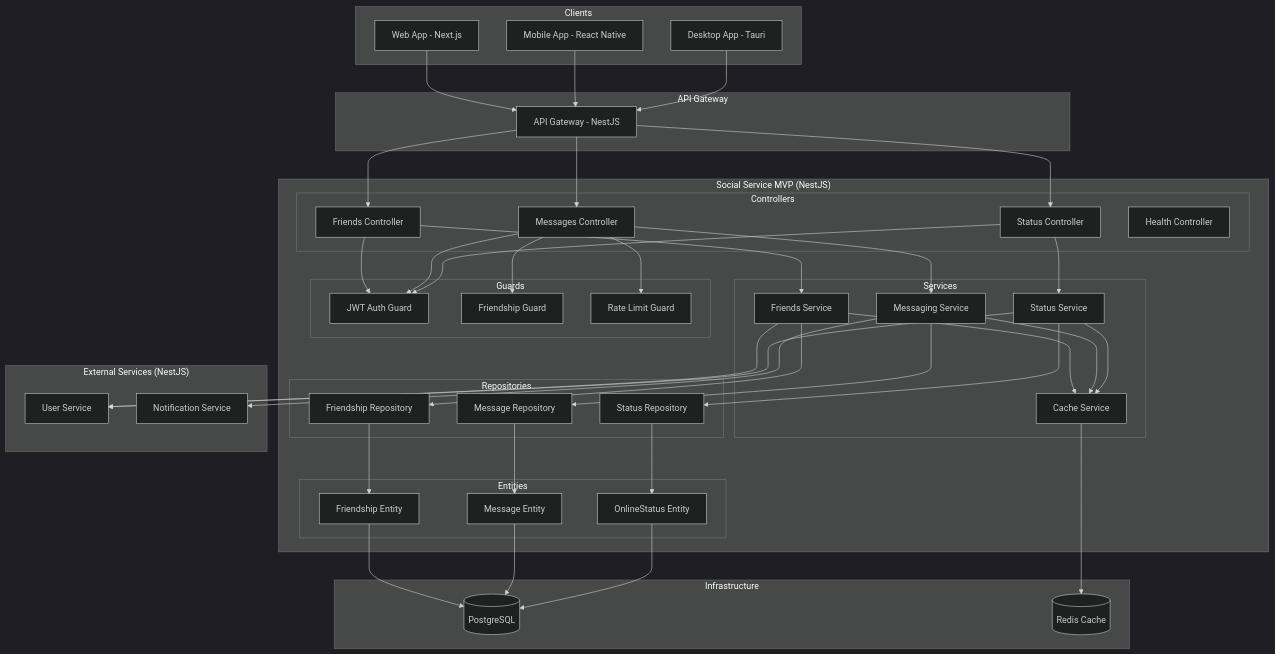
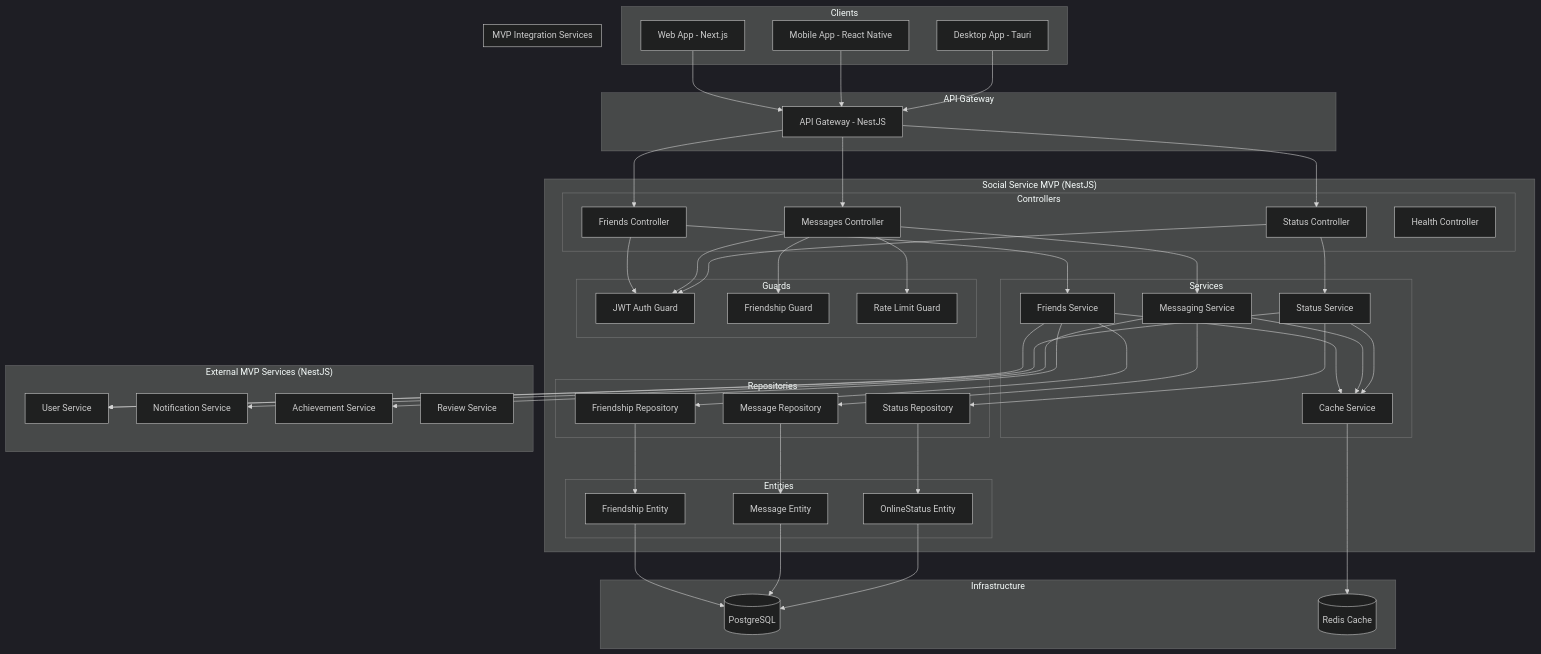
Before and after one commit to wizarding-anonymous/cryo: the diagram in .kiro/specs/social-service/design.md, drawn with Mermaid (dark theme). The commit also changed other lines of this file and 27 other files, not shown here.

````diff
--- a/.kiro/specs/social-service/design.md
+++ b/.kiro/specs/social-service/design.md
@@ -75,9 +75,11 @@
         end
     end
     
-    subgraph "External Services (NestJS)"
+    subgraph "External MVP Services (NestJS)"
         UserService[User Service]
         NotificationService[Notification Service]
+        AchievementService[Achievement Service]
+        ReviewService[Review Service]
     end
     
     subgraph "Infrastructure"
@@ -121,6 +123,13 @@
     CacheService --> Redis
     
     FriendsService --> UserService
+    FriendsService --> AchievementService
     MessagingService --> NotificationService
     StatusService --> UserService
+    
+    subgraph "MVP Integration Services"
+        AchievementService[Achievement Service]
+        NotificationService[Notification Service]
+        ReviewService[Review Service]
+    end
 ```
````
